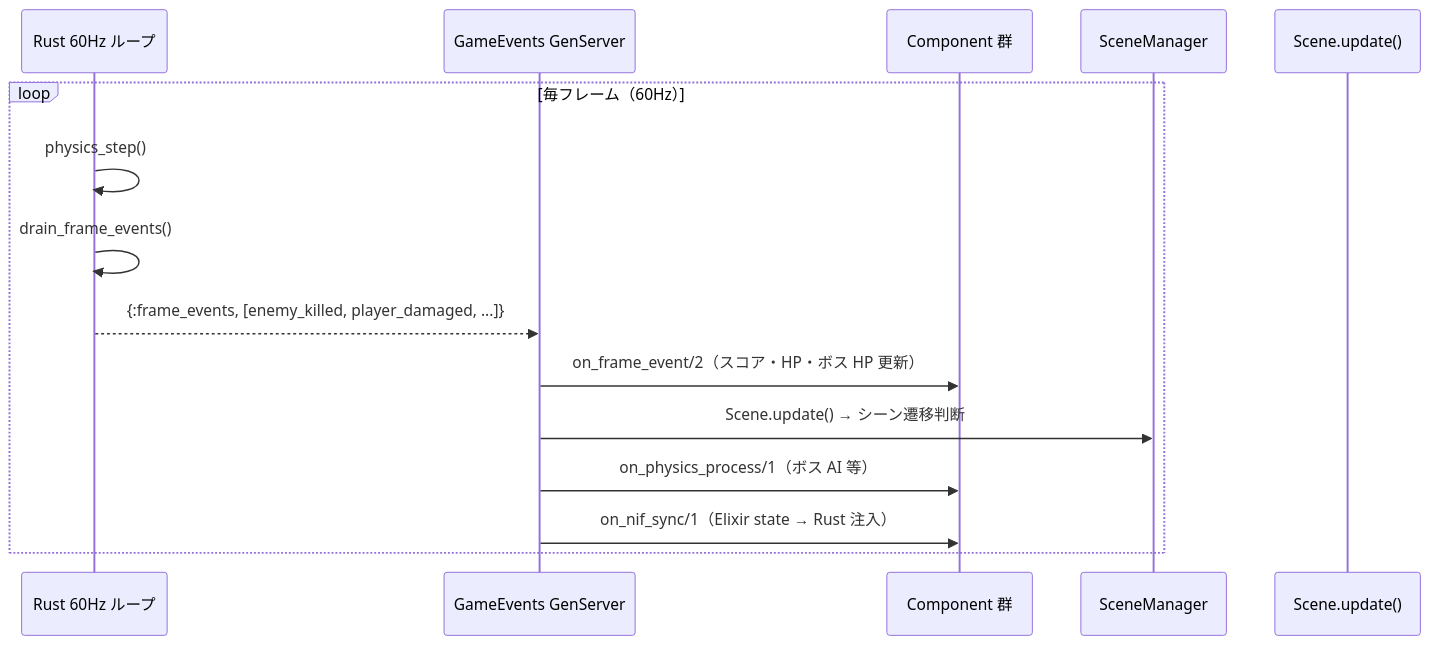
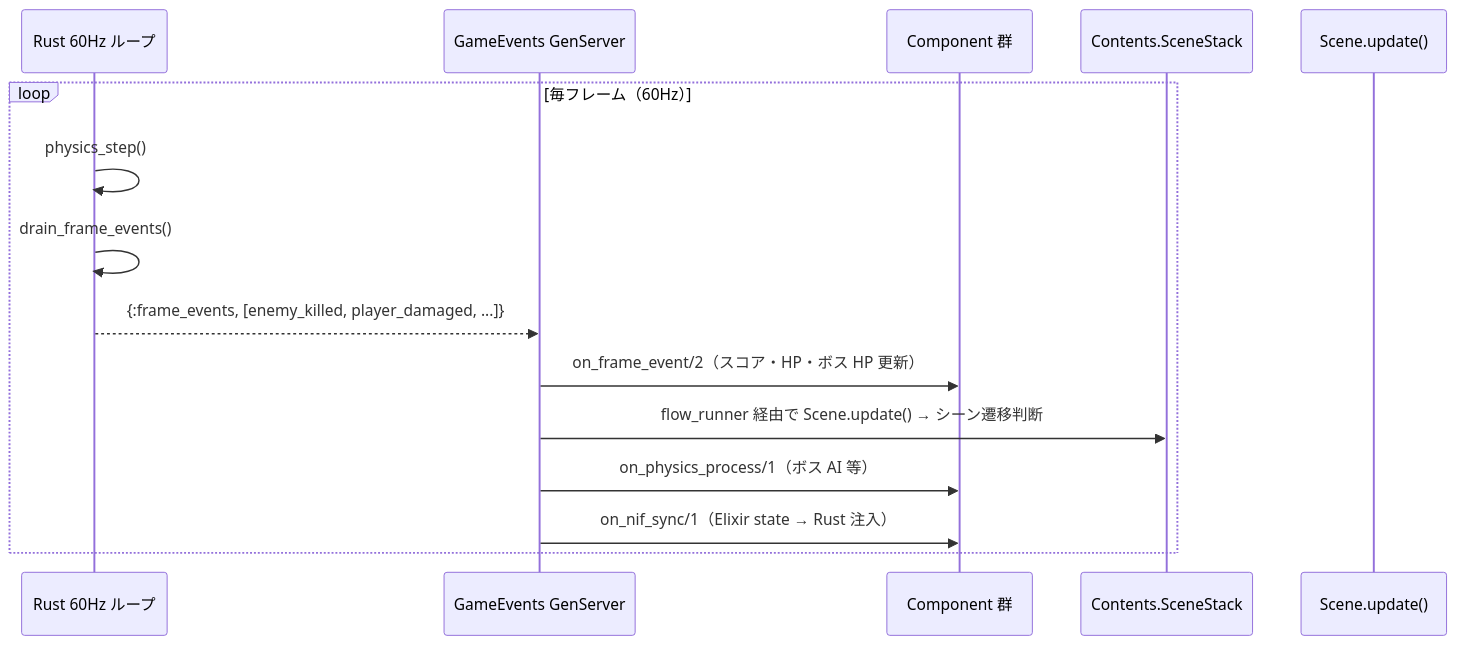
The third of 4 diagrams in docs/architecture-overview.md (FRICK-ELDY/alchemy-engine), drawn with Mermaid before and after one commit. The commit also changed other lines of this file and 12 other files, not shown here.

Commit message:
Complete scene management migration to contents layer

````diff
--- a/docs/architecture-overview.md
+++ b/docs/architecture-overview.md
@@ -253,18 +253,18 @@
 ```mermaid
 sequenceDiagram
     participant R as Rust 60Hz ループ
     participant GE as GameEvents GenServer
     participant COMP as Component 群
-    participant SM as SceneManager
+    participant SS as Contents.SceneStack
     participant S as Scene.update()
 
     loop 毎フレーム（60Hz）
         R->>R: physics_step()
         R->>R: drain_frame_events()
         R-->>GE: {:frame_events, [enemy_killed, player_damaged, ...]}
         GE->>COMP: on_frame_event/2（スコア・HP・ボス HP 更新）
-        GE->>SM: Scene.update() → シーン遷移判断
+        GE->>SS: flow_runner 経由で Scene.update() → シーン遷移判断
         GE->>COMP: on_physics_process/1（ボス AI 等）
         GE->>COMP: on_nif_sync/1（Elixir state → Rust 注入）
     end
 ```
````
